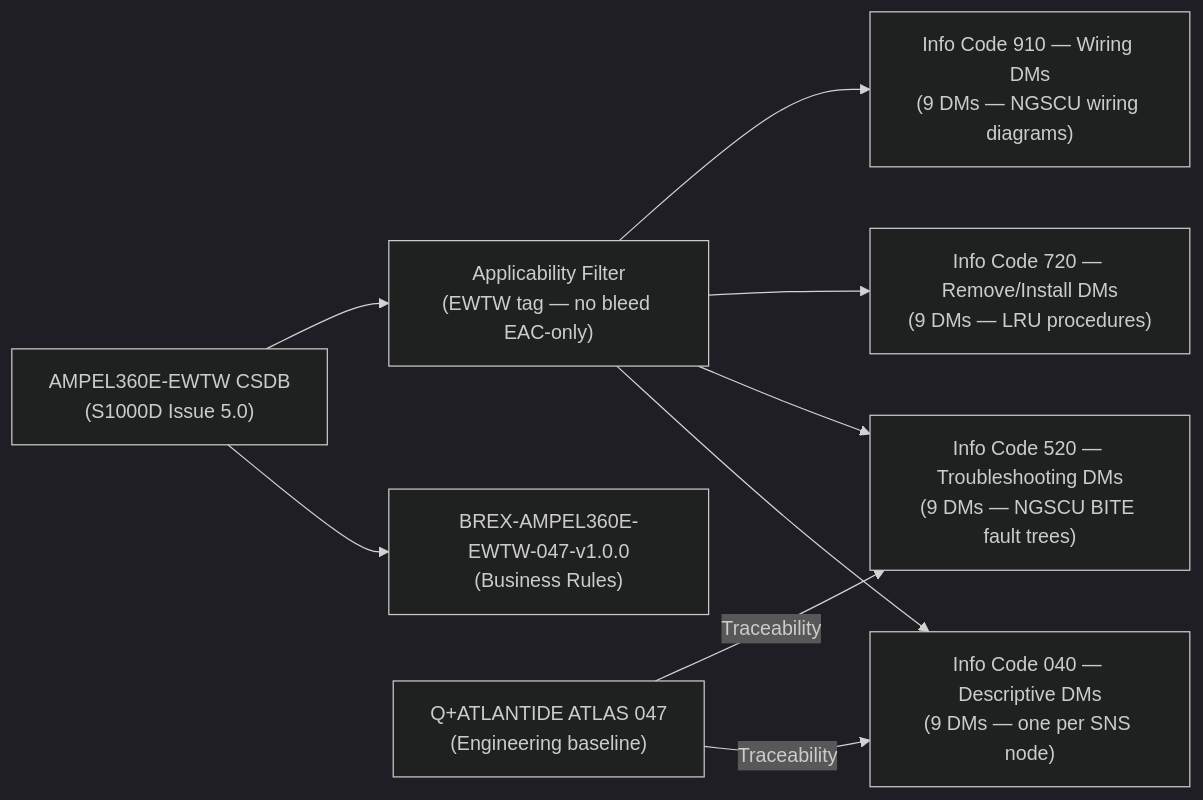
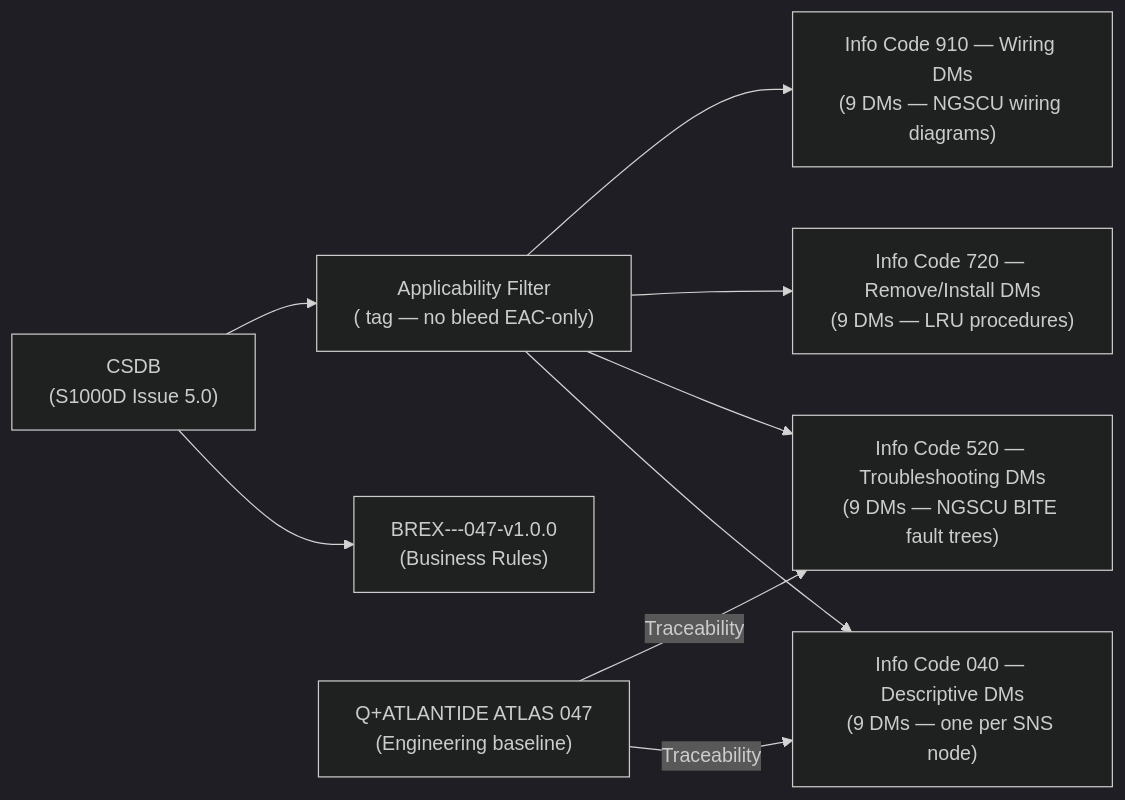
One commit to AmedeoPelliccia/Qplus-For-All-Queer-People-and-Quantum changed the second of 3 diagrams in Q+ATLANTIDE/000-099_ATLAS/040-049_Avionica-Informacion-y-APU/047_Nitrogen-Generation-System/047-090-S1000D-CSDB-Mapping-and-Traceability.md. Above: the diagram before and after it, drawn with Mermaid (dark theme). The commit also changed other lines of this file and 51 other files, not shown here.

First line of the commit message:
Generalize all 52 ATLAS S1000D-CSDB mapping files: remove AMPEL360E/eWTW/Programmes_example references, add scope: agnostic-standard, use generic DMC placeholders

````diff
--- a/Q+ATLANTIDE/000-099_ATLAS/040-049_Avionica-Informacion-y-APU/047_Nitrogen-Generation-System/047-090-S1000D-CSDB-Mapping-and-Traceability.md
+++ b/Q+ATLANTIDE/000-099_ATLAS/040-049_Avionica-Informacion-y-APU/047_Nitrogen-Generation-System/047-090-S1000D-CSDB-Mapping-and-Traceability.md
@@ -152,19 +153,19 @@
 ```mermaid
 graph LR
-    CSDB["AMPEL360E-EWTW CSDB\n(S1000D Issue 5.0)"]
-    BREX["BREX-AMPEL360E-EWTW-047-v1.0.0\n(Business Rules)"]
-    APPLIC["Applicability Filter\n(EWTW tag — no bleed EAC-only)"]
+    CSDB["<PROGRAMME> CSDB\n(S1000D Issue 5.0)"]
+    BREX["BREX-<MODEL>-<SYSTEMDIFF>-047-v1.0.0\n(Business Rules)"]
+    APPLIC["Applicability Filter\n(<PROGRAMME-SHORT> tag — no bleed EAC-only)"]
     DM_040["Info Code 040 — Descriptive DMs\n(9 DMs — one per SNS node)"]
     DM_520["Info Code 520 — Troubleshooting DMs\n(9 DMs — NGSCU BITE fault trees)"]
     DM_720["Info Code 720 — Remove/Install DMs\n(9 DMs — LRU procedures)"]
     DM_910["Info Code 910 — Wiring DMs\n(9 DMs — NGSCU wiring diagrams)"]
     ATLAS["Q+ATLANTIDE ATLAS 047\n(Engineering baseline)"]
     CSDB --> BREX
     CSDB --> APPLIC
     APPLIC --> DM_040
     APPLIC --> DM_520
     APPLIC --> DM_720
     APPLIC --> DM_910
     ATLAS -->|Traceability| DM_040
     ATLAS -->|Traceability| DM_520
 ```
````
